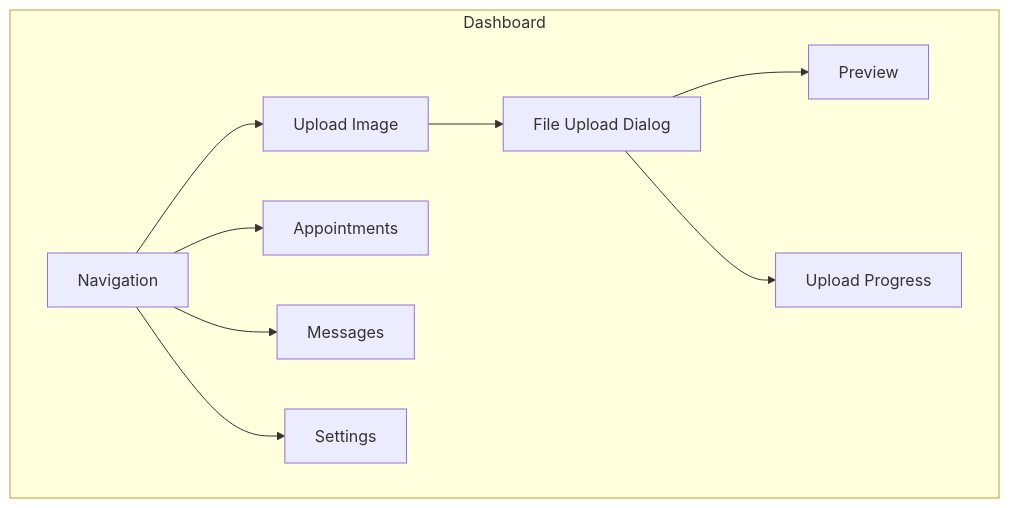
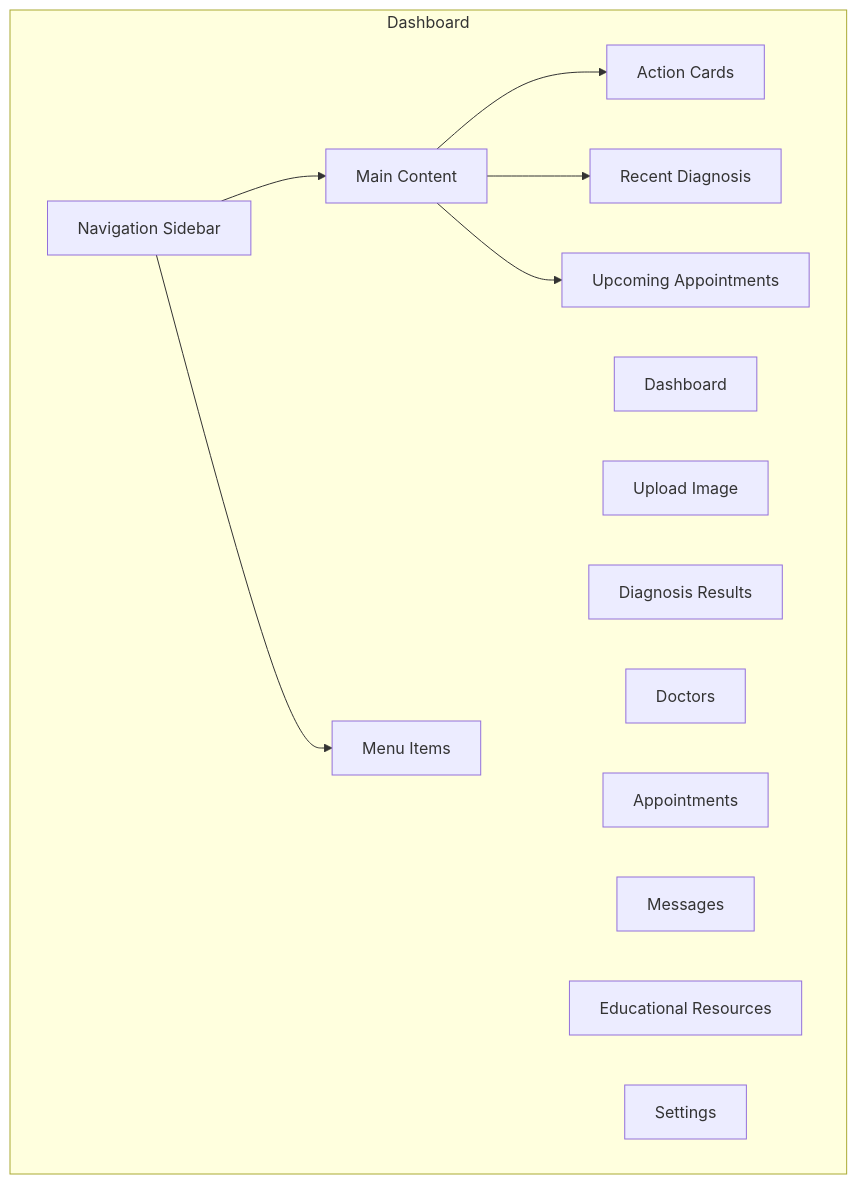
The sixth of 7 diagrams in SDD.md (Vaniahchristian/eczema-diagnosis-advisory), drawn with Mermaid before and after one commit. The commit also changed other lines of this file and 7 other files, not shown here.

````diff
--- a/SDD.md
+++ b/SDD.md
@@ -530,12 +465,18 @@
 ```mermaid
 graph TD
     subgraph Dashboard
-        A[Navigation] --> B[Upload Image]
-        A --> C[Appointments]
-        A --> D[Messages]
-        A --> E[Settings]
-        B --> F[File Upload Dialog]
-        F --> G[Preview]
-        F --> H[Upload Progress]
+        A[Navigation Sidebar] --> B[Main Content]
+        B --> C[Action Cards]
+        B --> D[Recent Diagnosis]
+        B --> E[Upcoming Appointments]
+        A --> F[Menu Items]
+        F1[Dashboard]
+        F2[Upload Image]
+        F3[Diagnosis Results]
+        F4[Doctors]
+        F5[Appointments]
+        F6[Messages]
+        F7[Educational Resources]
+        F8[Settings]
     end
 ```
````
